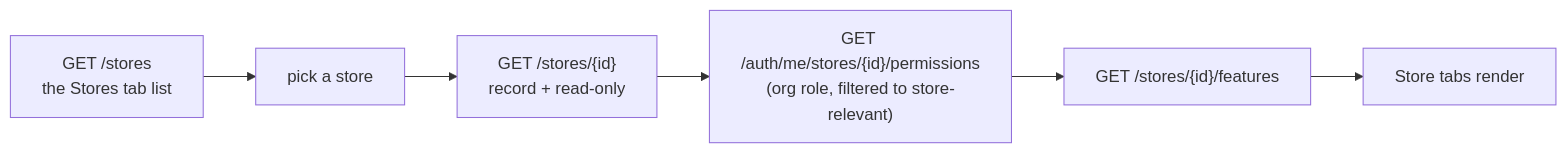
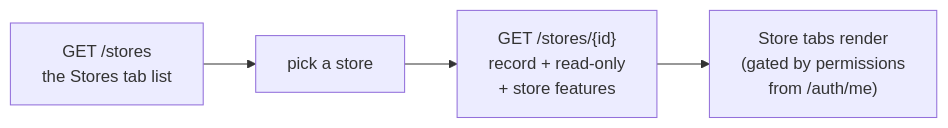
One commit to Shahrukh489/gekkosuite-api changed the third of 6 diagrams in docs/api.md. Above: the diagram before and after it, drawn with Mermaid. The commit also changed other lines of this file, not shown here.

````diff
--- a/docs/api.md
+++ b/docs/api.md
@@ -121,8 +115,6 @@
 ```mermaid
 flowchart LR
     A["GET /stores<br/>the Stores tab list"] --> B["pick a store"]
-    B --> C["GET /stores/{id}<br/>record + read-only"]
-    C --> D["GET /auth/me/stores/{id}/permissions<br/>(org role, filtered to store-relevant)"]
-    D --> E["GET /stores/{id}/features"]
-    E --> F["Store tabs render"]
+    B --> C["GET /stores/{id}<br/>record + read-only<br/>+ store features"]
+    C --> F["Store tabs render<br/>(gated by permissions<br/>from /auth/me)"]
 ```
````
